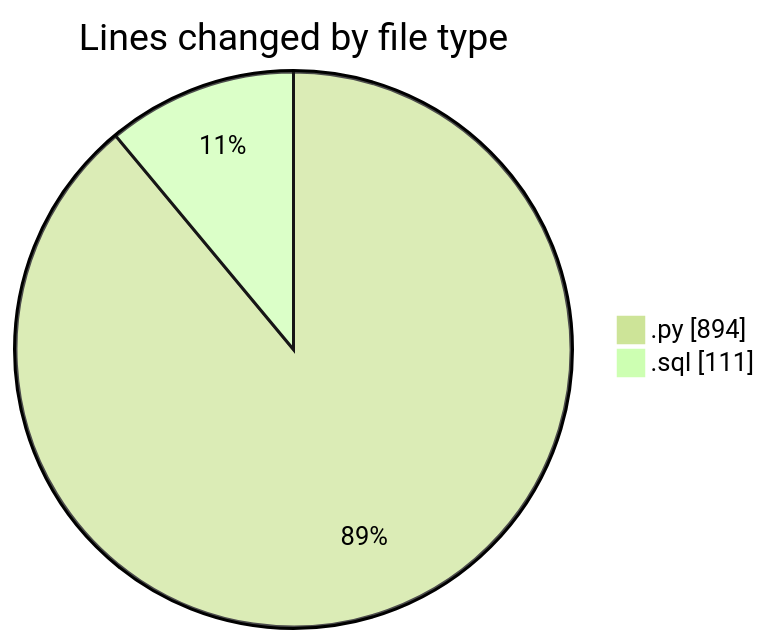
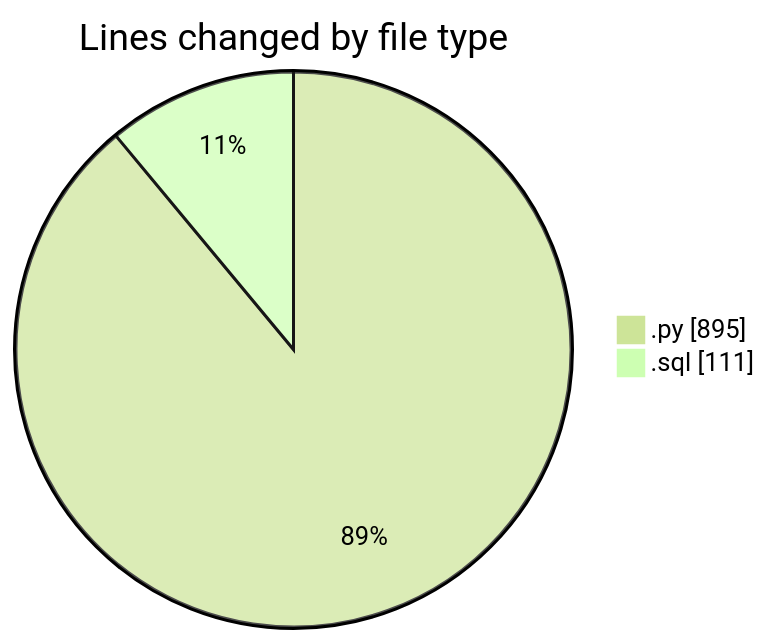
Before and after one commit to trdunsworth/code-tracking: the first of 2 diagrams in 2025-04-22/synth_911data_gen/README.md, drawn with Mermaid (forest theme). The commit also changed other lines of this file and 1 other file, not shown here.

````diff
--- a/2025-04-22/synth_911data_gen/README.md
+++ b/2025-04-22/synth_911data_gen/README.md
@@ -21,6 +21,6 @@
 ```mermaid
 pie showData
 title Lines changed by file type
-".py" : 894
+".py" : 895
 ".sql" : 111
 ```
````
